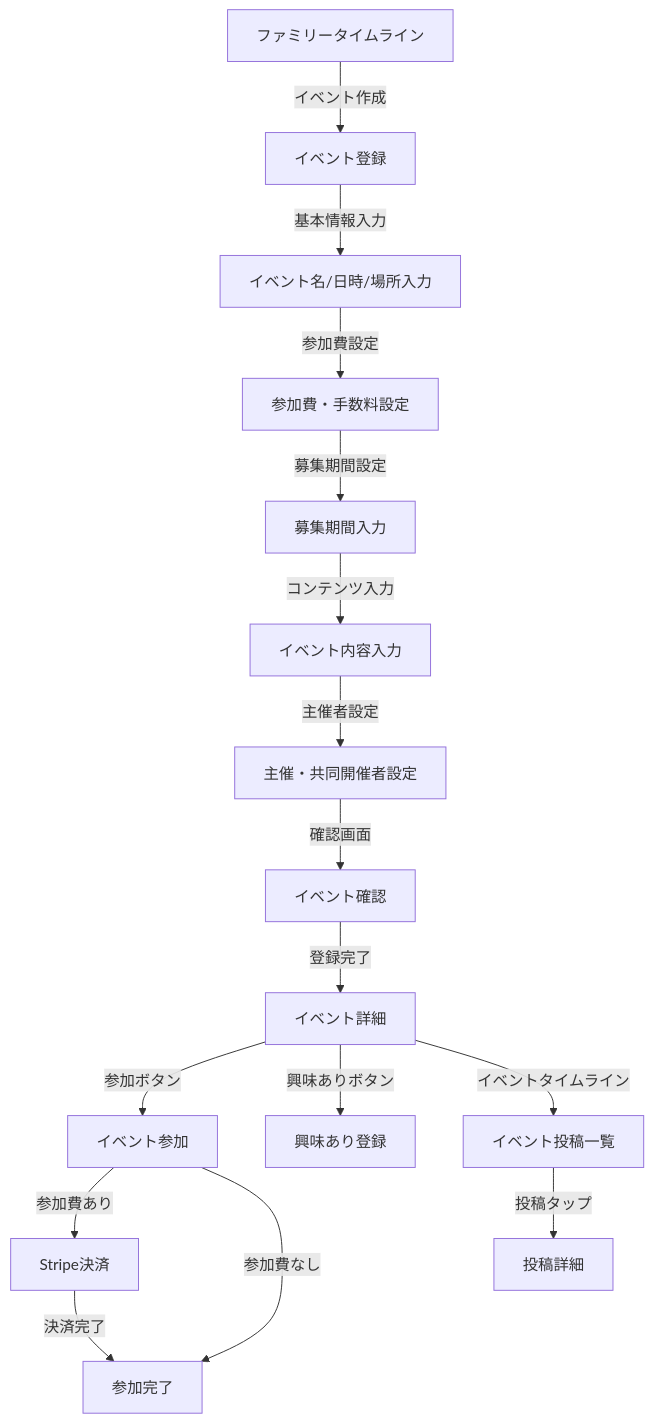
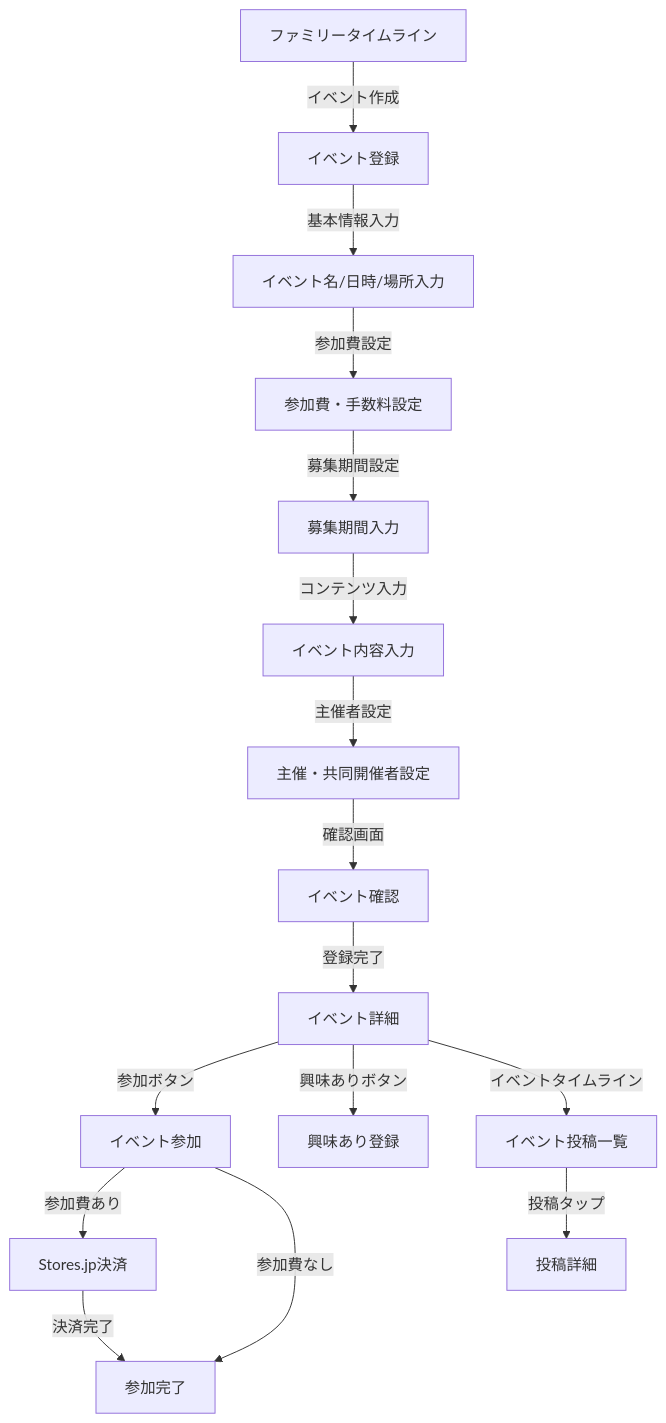
One commit to okap-goldman/kanushi changed the ninth of 26 diagrams in doc/screen_flow.md. Above: the diagram before and after it, drawn with Mermaid. The commit also changed other lines of this file and 199 other files, not shown here.

````diff
--- a/doc/screen_flow.md
+++ b/doc/screen_flow.md
@@ -159,20 +574,20 @@
 ```mermaid
 graph TD
   E[イベント詳細] -->|参加ボタン| E1[イベント参加]
-  E1 -->|参加費あり| E11[Stripe決済]
+  E1 -->|参加費あり| E11[Stores.jp決済]
   E11 -->|決済完了| E12[参加完了]
   E1 -->|参加費なし| E12
   
   E -->|興味ありボタン| E2[興味あり登録]
   E -->|イベントタイムライン| E3[イベント投稿一覧]
   E3 -->|投稿タップ| B1[投稿詳細]
   
   B[ファミリータイムライン] -->|イベント作成| E4[イベント登録]
   E4 -->|基本情報入力| E41[イベント名/日時/場所入力]
   E41 -->|参加費設定| E42[参加費・手数料設定]
   E42 -->|募集期間設定| E43[募集期間入力]
   E43 -->|コンテンツ入力| E44[イベント内容入力]
   E44 -->|主催者設定| E45[主催・共同開催者設定]
   E45 -->|確認画面| E46[イベント確認]
   E46 -->|登録完了| E[イベント詳細]
 ```
````
